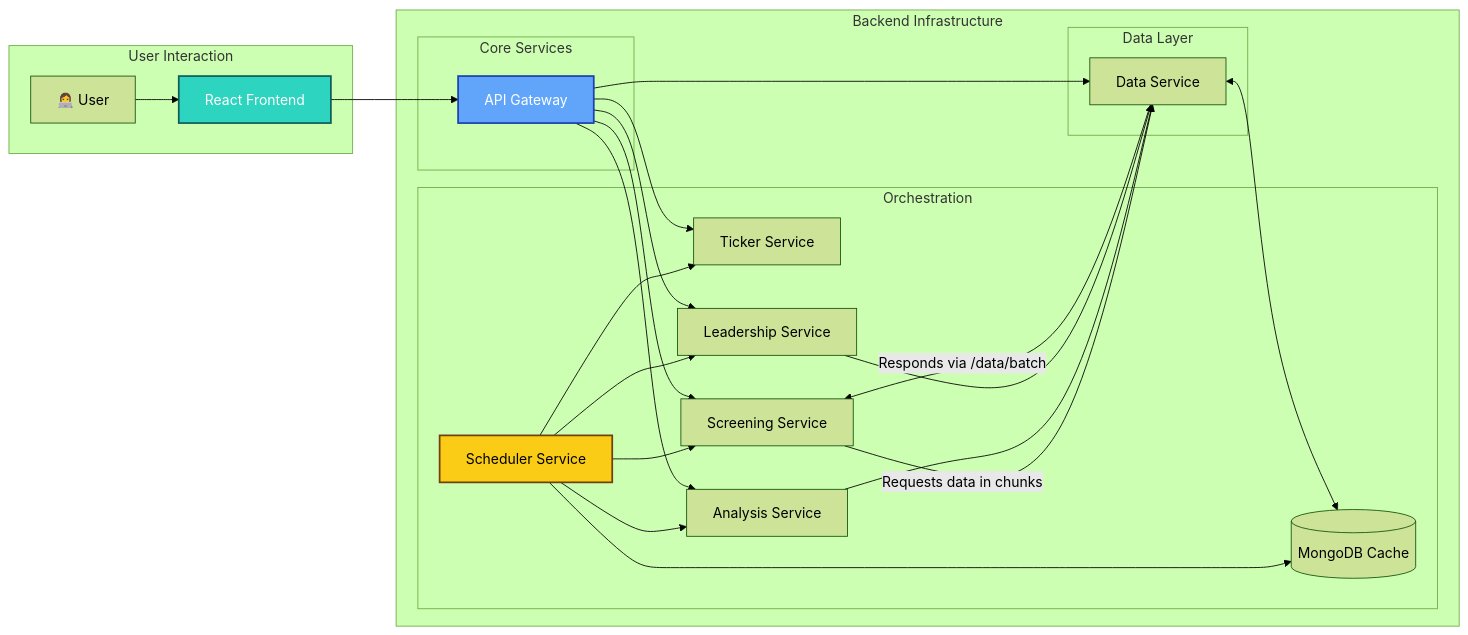
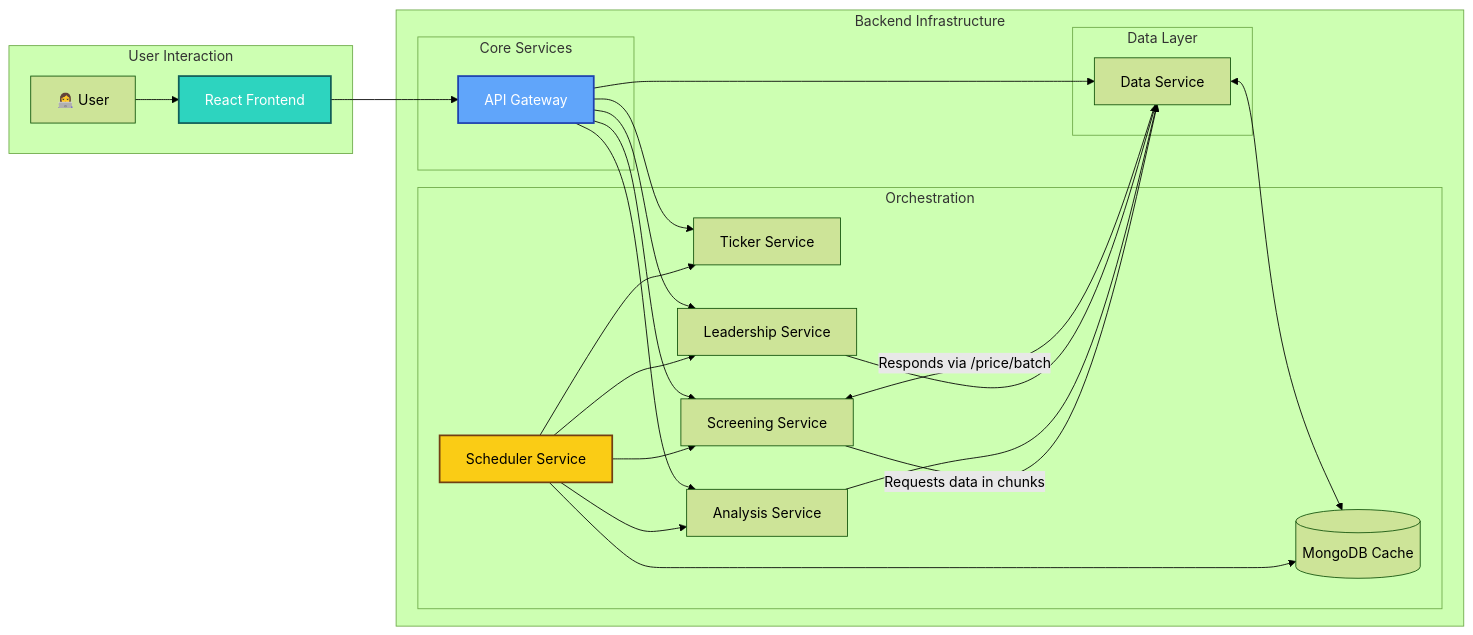
The diagram in README.md (lam200213/Catalyst-Engine), drawn with Mermaid (forest theme) before and after one commit. The commit also changed other lines of this file and 11 other files, not shown here.

````diff
--- a/README.md
+++ b/README.md
@@ -21,38 +21,38 @@
 ```mermaid
 graph LR
     subgraph User Interaction
         User[👩‍💻 User] --> FrontendApp[React Frontend];
     end
 
     subgraph Backend Infrastructure
         FrontendApp --> APIGateway[API Gateway];
         
         subgraph Orchestration
            Scheduler[Scheduler Service] --> TickerService;
            Scheduler --> ScreeningService;
            Scheduler --> AnalysisService;
            Scheduler --> LeadershipService;
            Scheduler --> MongoDB;
         end
 
         subgraph Core Services
             APIGateway --> TickerService[Ticker Service];
             APIGateway --> ScreeningService[Screening Service];
             APIGateway --> AnalysisService[Analysis Service];
             APIGateway --> LeadershipService[Leadership Service];
         end
 
         subgraph Data Layer
             APIGateway --> DataService[Data Service];
             ScreeningService -- "Requests data in chunks" --> DataService;
-            DataService -- "Responds via /data/batch" --> ScreeningService;
+            DataService -- "Responds via /price/batch" --> ScreeningService;
             AnalysisService --> DataService;
             LeadershipService --> DataService;
             DataService <--> MongoDB[(MongoDB Cache)];
         end
     end
 
     style FrontendApp fill:#2dd4bf,stroke:#115e59,stroke-width:2px,color:#fff
     style APIGateway fill:#60a5fa,stroke:#1e40af,stroke-width:2px,color:#fff
     style Scheduler fill:#facc15,stroke:#713f12,stroke-width:2px,color:#000
 ```
````
